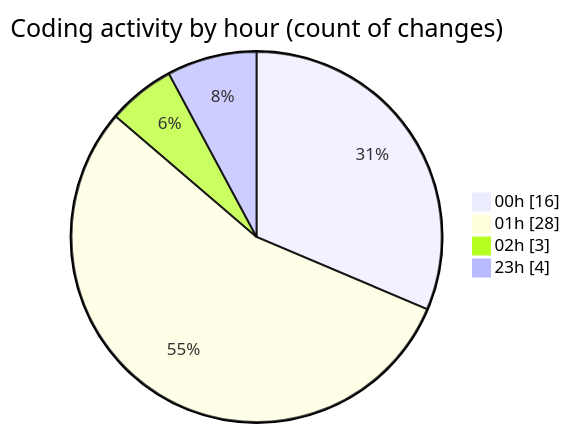
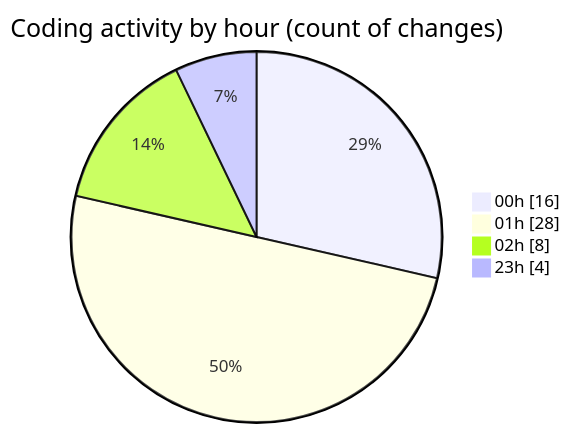
One commit to julien-gomy/code-tracking changed the second of 2 diagrams in 2025-11-23/eventscop-frontend-guide__workspace_/README.md. Above: the diagram before and after it, drawn with Mermaid. The commit also changed other lines of this file and 1 other file, not shown here.

````diff
--- a/2025-11-23/eventscop-frontend-guide__workspace_/README.md
+++ b/2025-11-23/eventscop-frontend-guide__workspace_/README.md
@@ -51,8 +52,8 @@
 ```mermaid
 pie showData
 title Coding activity by hour (count of changes)
 "00h" : 16
 "01h" : 28
-"02h" : 3
+"02h" : 8
 "23h" : 4
 ```
````
